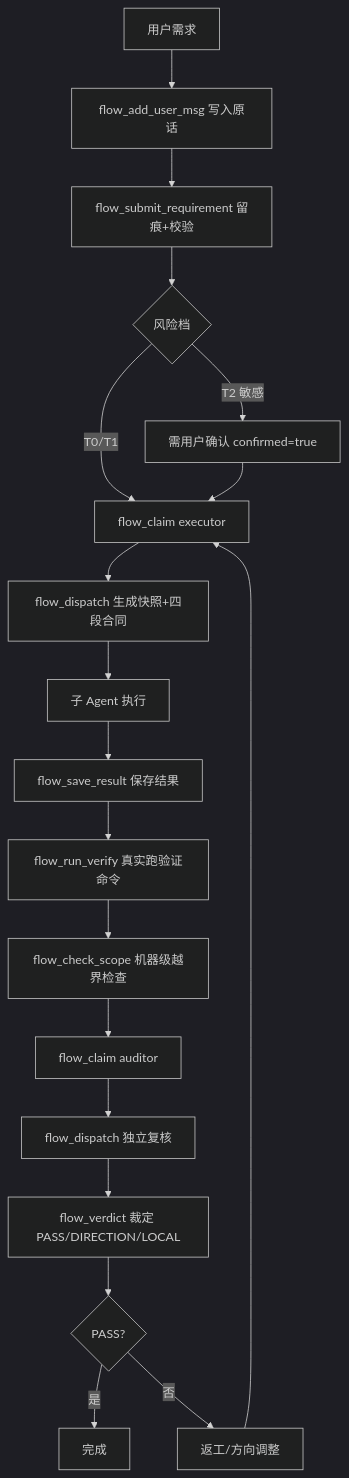
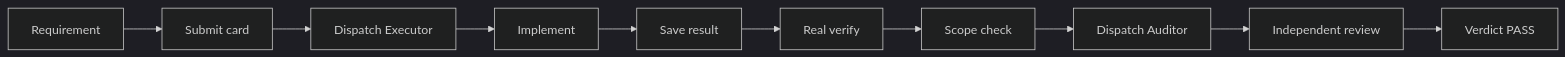
Before and after one commit to skyer-now/carlos-flow: the first of 2 diagrams in README.md, drawn with Mermaid (dark theme). The commit also changed other lines of this file and 4 other files, not shown here.

Commit message:
docs: true bilingual README (README.md/README.en.md/README.zh.md) with language switch, 14 tools grouped, 5 use cases, pain points & differentiation tables; add sync-readme script + prepublishOnly i18n check

````diff
--- a/README.md
+++ b/README.md
@@ -78,21 +130,12 @@
 ```mermaid
-flowchart TD
-    A[用户需求] --> B[flow_add_user_msg 写入原话]
-    B --> C[flow_submit_requirement 留痕+校验]
-    C --> D{风险档}
-    D -->|T0/T1| E[flow_claim executor]
-    D -->|T2 敏感| F[需用户确认 confirmed=true]
-    F --> E
-    E --> G[flow_dispatch 生成快照+四段合同]
-    G --> H[子 Agent 执行]
-    H --> I[flow_save_result 保存结果]
-    I --> J[flow_run_verify 真实跑验证命令]
-    J --> K[flow_check_scope 机器级越界检查]
-    K --> L[flow_claim auditor]
-    L --> M[flow_dispatch 独立复核]
-    M --> N[flow_verdict 裁定 PASS/DIRECTION/LOCAL]
-    N --> O{PASS?}
-    O -->|是| P[完成]
-    O -->|否| Q[返工/方向调整]
-    Q --> E
+flowchart LR
+    A[Requirement] --> B[Submit card]
+    B --> C[Dispatch Executor]
+    C --> D[Implement]
+    D --> E[Save result]
+    E --> F[Real verify]
+    F --> G[Scope check]
+    G --> H[Dispatch Auditor]
+    H --> I[Independent review]
+    I --> J[Verdict PASS]
 ```
````
